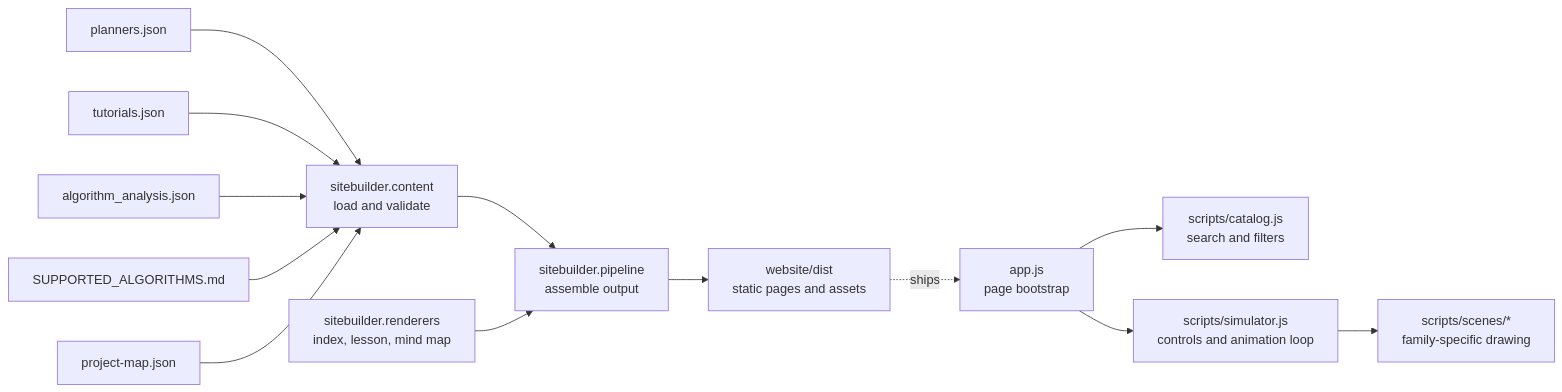
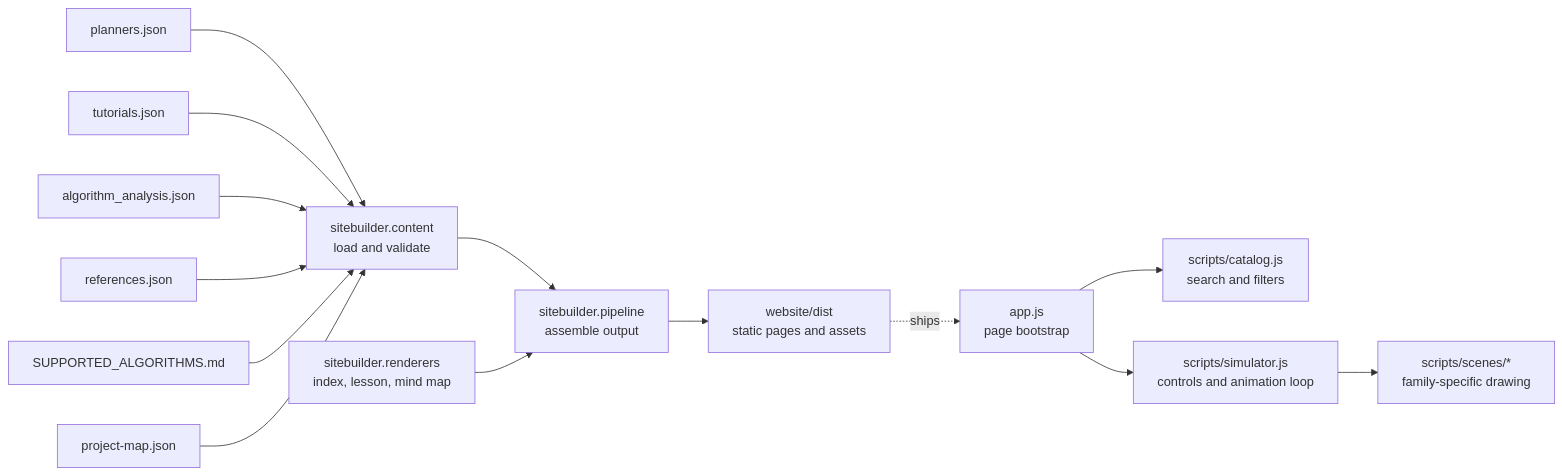
One commit to damminhtien/pathplanning changed the diagram in website/ARCHITECTURE.md. Above: the diagram before and after it, drawn with Mermaid. The commit also changed other lines of this file and 5 other files, not shown here.

````diff
--- a/website/ARCHITECTURE.md
+++ b/website/ARCHITECTURE.md
@@ -5,29 +5,31 @@
 ```mermaid
 flowchart LR
   PlannerData[planners.json]
   TutorialData[tutorials.json]
   AnalysisData[algorithm_analysis.json]
+  References[references.json]
   Registry[SUPPORTED_ALGORITHMS.md]
   MapData[project-map.json]
   Content[sitebuilder.content\nload and validate]
   Build[sitebuilder.pipeline\nassemble output]
   PageRenderers[sitebuilder.renderers\nindex, lesson, mind map]
   Dist[website/dist\nstatic pages and assets]
   Browser[app.js\npage bootstrap]
   Catalog[scripts/catalog.js\nsearch and filters]
   Simulator[scripts/simulator.js\ncontrols and animation loop]
   Scenes[scripts/scenes/*\nfamily-specific drawing]
 
   PlannerData --> Content
   TutorialData --> Content
   AnalysisData --> Content
+  References --> Content
   Registry --> Content
   MapData --> Content
   Content --> Build
   PageRenderers --> Build
   Build --> Dist
   Browser --> Catalog
   Browser --> Simulator
   Simulator --> Scenes
   Dist -. ships .-> Browser
 ```
````
